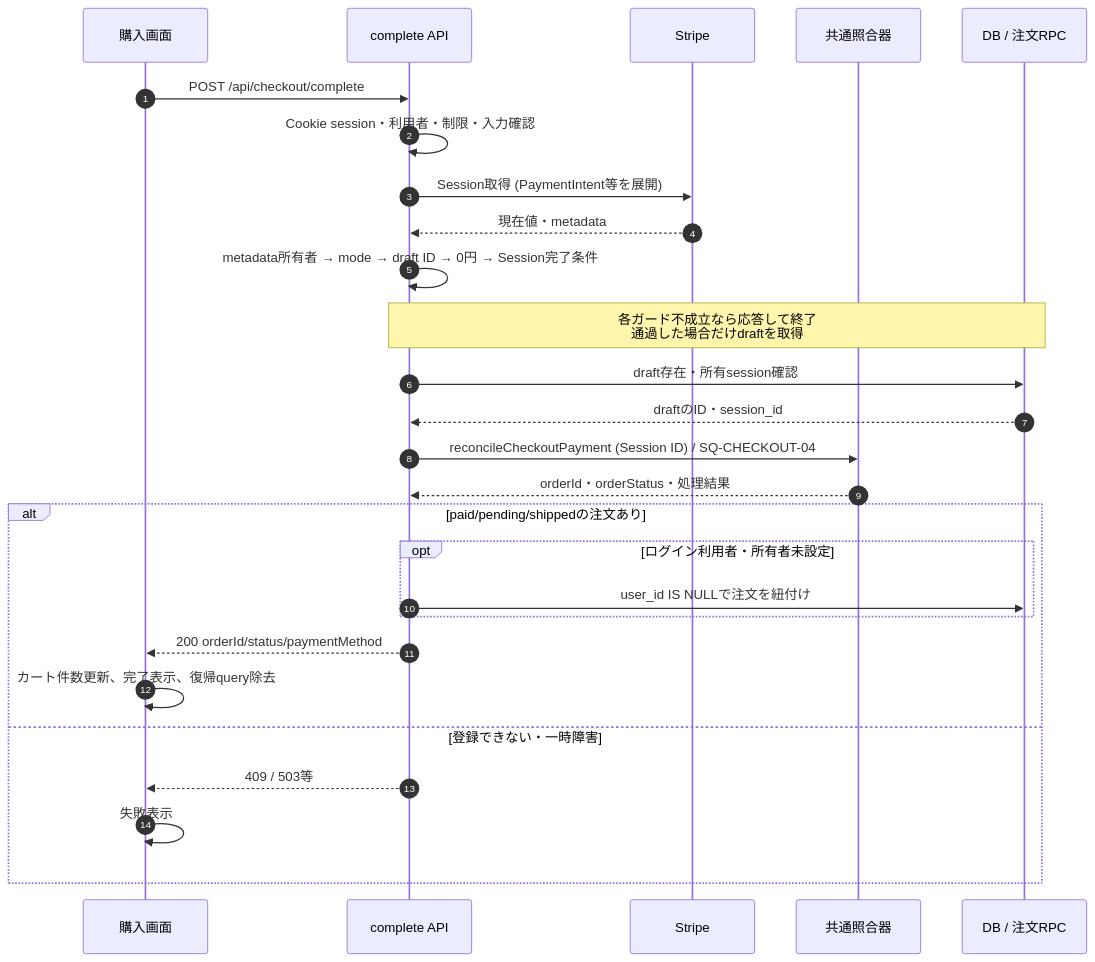
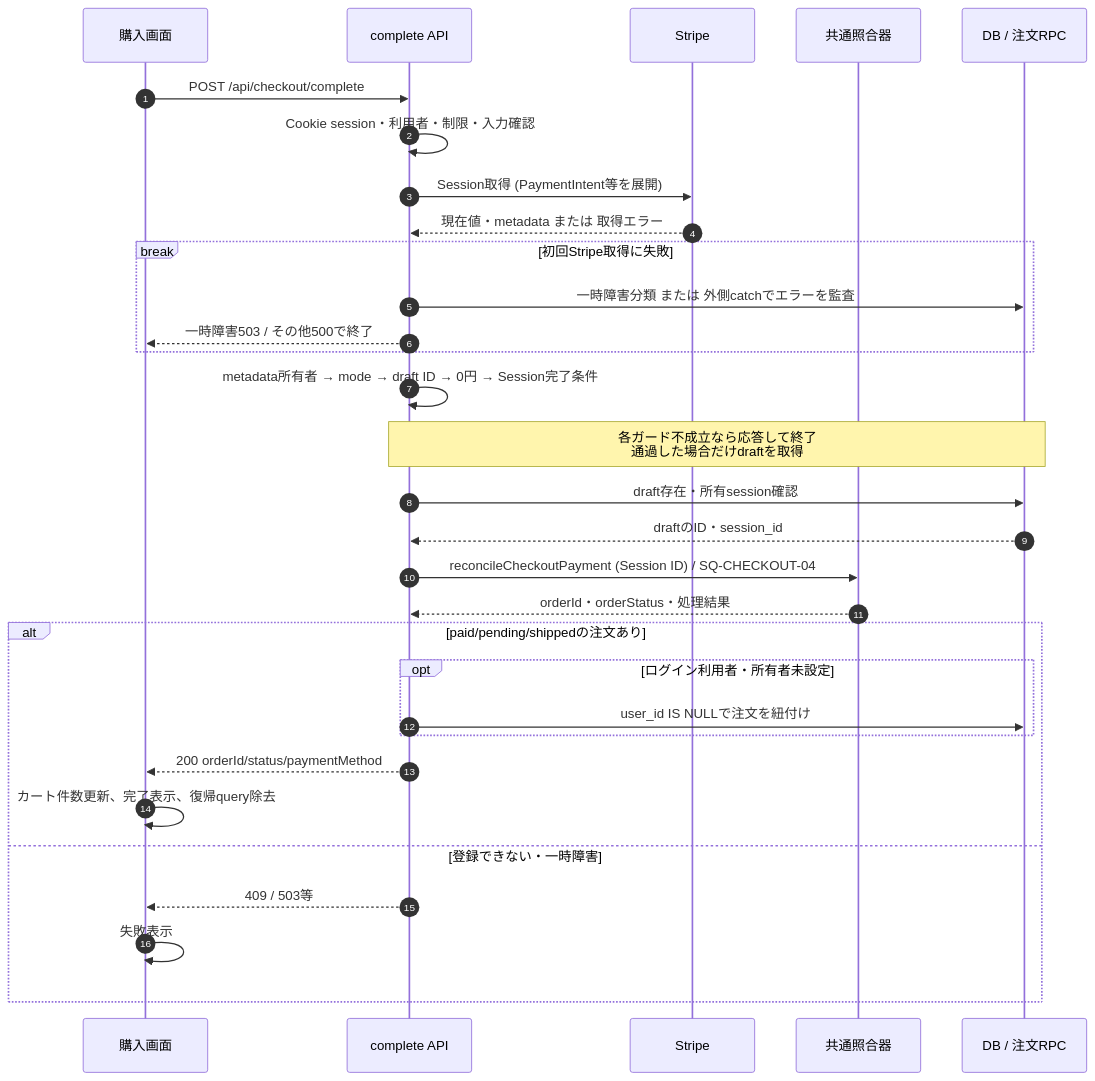
The third of 5 diagrams in docs/04_DetailDesign/sequence/checkout-payment.md (ChocoWork/o_official), drawn with Mermaid before and after one commit. The commit also changed other lines of this file and 1 other file, not shown here.

Commit message:
docs(detail): 完了APIと注文管理の最新ガードへ追従

````diff
--- a/docs/04_DetailDesign/sequence/checkout-payment.md
+++ b/docs/04_DetailDesign/sequence/checkout-payment.md
@@ -140,29 +140,33 @@
 ```mermaid
 sequenceDiagram
     autonumber
     participant UI as 購入画面
     participant API as complete API
     participant Stripe as Stripe
     participant C as 共通照合器
     participant DB as DB / 注文RPC
     UI->>API: POST /api/checkout/complete
     API->>API: Cookie session・利用者・制限・入力確認
     API->>Stripe: Session取得 (PaymentIntent等を展開)
-    Stripe-->>API: 現在値・metadata
+    Stripe-->>API: 現在値・metadata または 取得エラー
+    break 初回Stripe取得に失敗
+        API->>DB: 一時障害分類 または 外側catchでエラーを監査
+        API-->>UI: 一時障害503 / その他500で終了
+    end
     API->>API: metadata所有者 → mode → draft ID → 0円 → Session完了条件
     Note over API,DB: 各ガード不成立なら応答して終了<br/>通過した場合だけdraftを取得
     API->>DB: draft存在・所有session確認
     DB-->>API: draftのID・session_id
     API->>C: reconcileCheckoutPayment (Session ID) / SQ-CHECKOUT-04
     C-->>API: orderId・orderStatus・処理結果
     alt paid/pending/shippedの注文あり
         opt ログイン利用者・所有者未設定
             API->>DB: user_id IS NULLで注文を紐付け
         end
         API-->>UI: 200 orderId/status/paymentMethod
         UI->>UI: カート件数更新、完了表示、復帰query除去
     else 登録できない・一時障害
         API-->>UI: 409 / 503等
         UI->>UI: 失敗表示
     end
 ```
````
